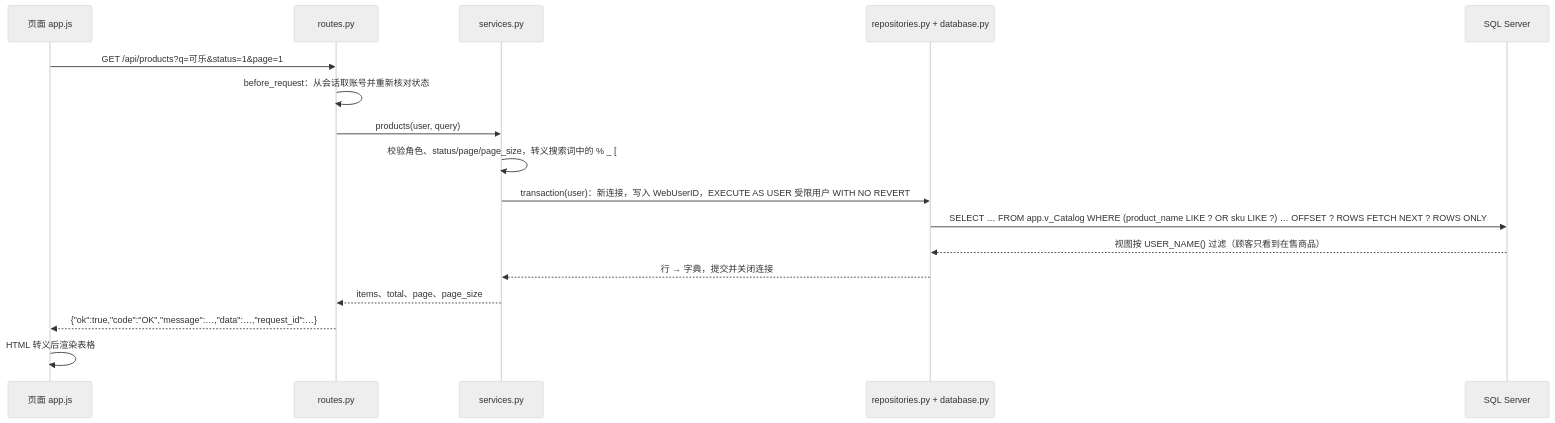
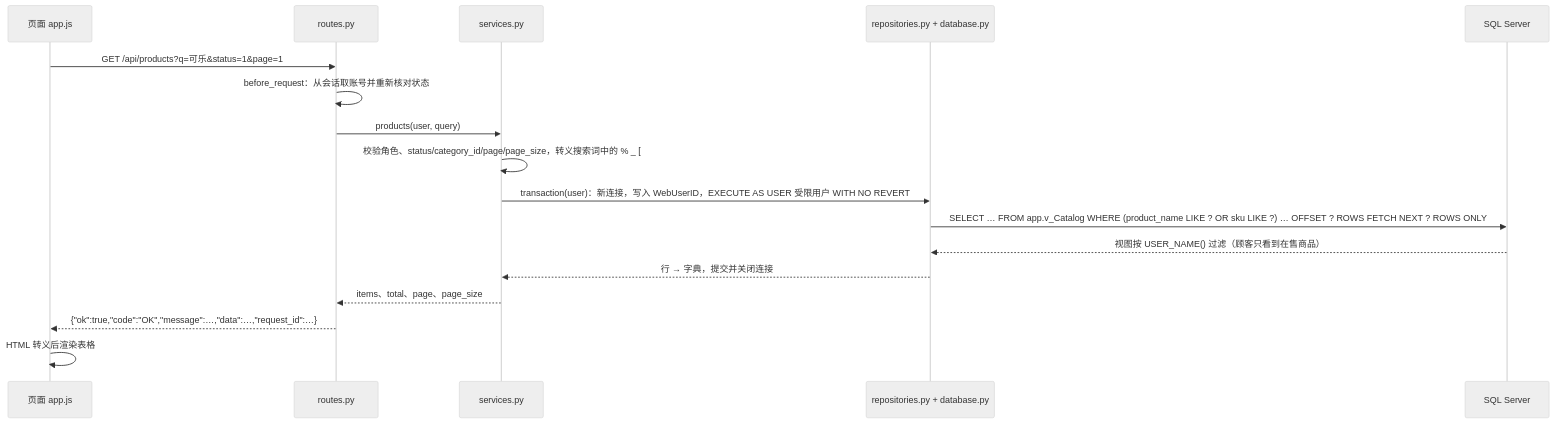
The first of 3 diagrams in README.md (yunf161/DataBase-2026-lab), drawn with Mermaid (neutral theme) before and after one commit. The commit also changed other lines of this file and 81 other files, not shown here.

````diff
--- a/README.md
+++ b/README.md
@@ -202,19 +202,19 @@
 ```mermaid
 sequenceDiagram
     participant P as 页面 app.js
     participant R as routes.py
     participant S as services.py
     participant D as repositories.py + database.py
     participant Q as SQL Server
     P->>R: GET /api/products?q=可乐&status=1&page=1
     R->>R: before_request：从会话取账号并重新核对状态
     R->>S: products(user, query)
-    S->>S: 校验角色、status/page/page_size，转义搜索词中的 % _ [
+    S->>S: 校验角色、status/category_id/page/page_size，转义搜索词中的 % _ [
     S->>D: transaction(user)：新连接，写入 WebUserID，EXECUTE AS USER 受限用户 WITH NO REVERT
     D->>Q: SELECT … FROM app.v_Catalog WHERE (product_name LIKE ? OR sku LIKE ?) … OFFSET ? ROWS FETCH NEXT ? ROWS ONLY
     Q-->>D: 视图按 USER_NAME() 过滤（顾客只看到在售商品）
     D-->>S: 行 → 字典，提交并关闭连接
     S-->>R: items、total、page、page_size
     R-->>P: {"ok":true,"code":"OK","message":…,"data":…,"request_id":…}
     P->>P: HTML 转义后渲染表格
 ```
````
